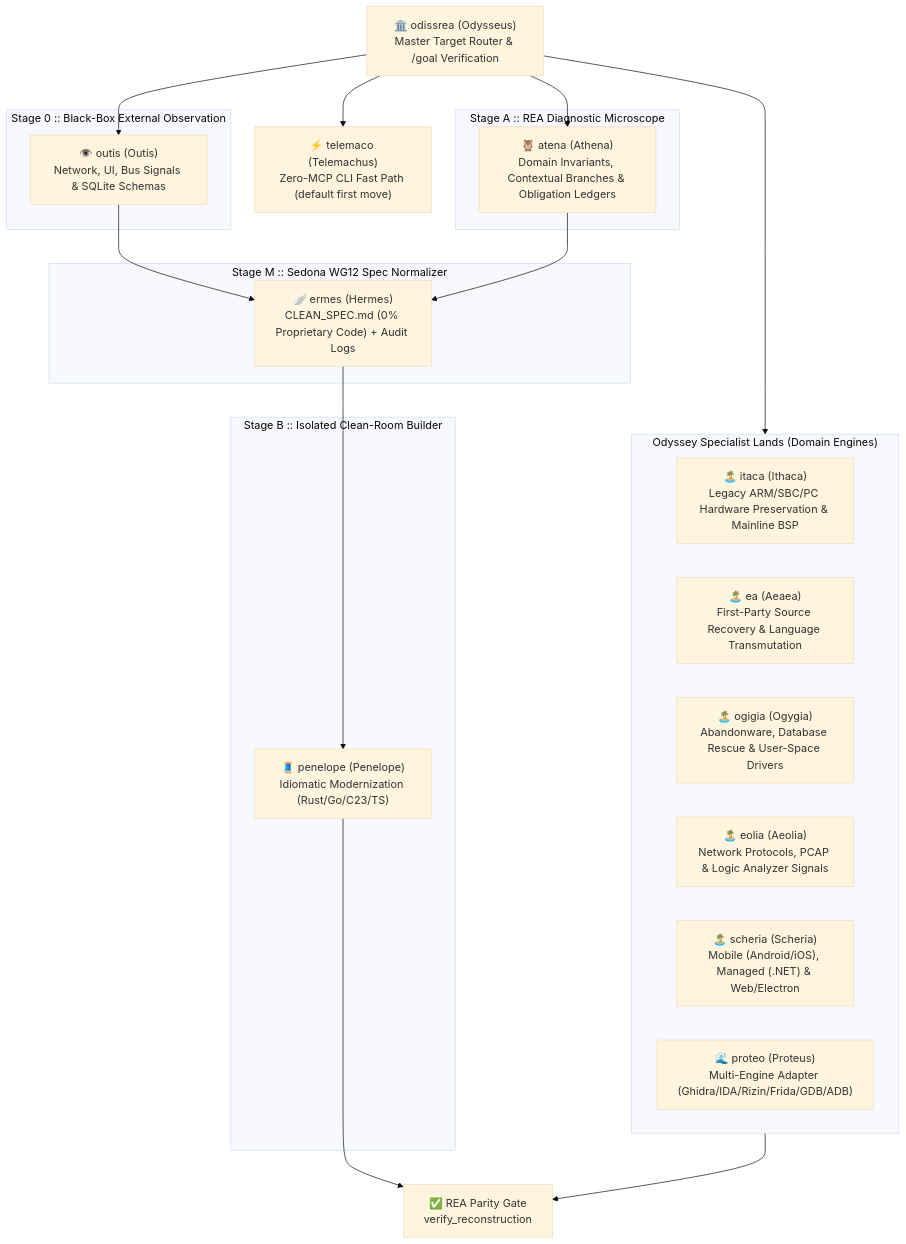
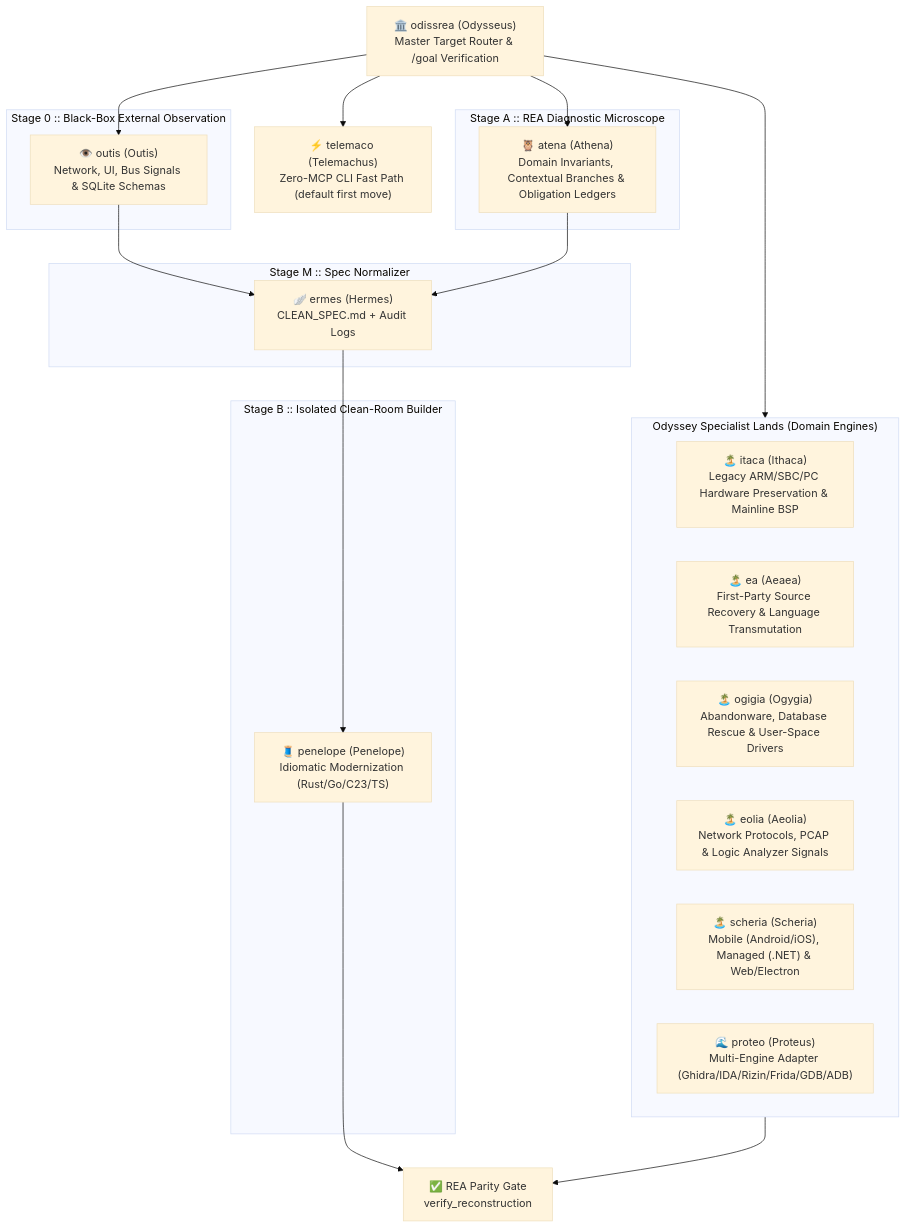
One commit to mich-de/OdissRea changed the first of 2 diagrams in README.md. Above: the diagram before and after it, drawn with Mermaid (base theme). The commit also changed other lines of this file and 14 other files, not shown here.

````diff
--- a/README.md
+++ b/README.md
@@ -49,40 +52,40 @@
 ```mermaid
 flowchart TD
     Ulisse["🏛️ odissrea (Odysseus)\nMaster Target Router & /goal Verification"]
     Lean["⚡ telemaco (Telemachus)\nZero-MCP CLI Fast Path (default first move)"]
     Ulisse --> Lean
     
     subgraph Stage0["Stage 0 :: Black-Box External Observation"]
         Outis["👁️ outis (Outis)\nNetwork, UI, Bus Signals & SQLite Schemas"]
     end
 
     subgraph StageA["Stage A :: REA Diagnostic Microscope"]
         Atena["🦉 atena (Athena)\nDomain Invariants, Contextual Branches & Obligation Ledgers"]
     end
 
-    subgraph StageM["Stage M :: Sedona WG12 Spec Normalizer"]
-        Ermes["🪽 ermes (Hermes)\nCLEAN_SPEC.md (0% Proprietary Code) + Audit Logs"]
+    subgraph StageM["Stage M :: Spec Normalizer"]
+        Ermes["🪽 ermes (Hermes)\nCLEAN_SPEC.md + Audit Logs"]
     end
 
     subgraph StageB["Stage B :: Isolated Clean-Room Builder"]
         Penelope["🧵 penelope (Penelope)\nIdiomatic Modernization (Rust/Go/C23/TS)"]
     end
 
     subgraph SpecialistLands["Odyssey Specialist Lands (Domain Engines)"]
         Itaca["🏝️ itaca (Ithaca)\nLegacy ARM/SBC/PC Hardware Preservation & Mainline BSP"]
         Ea["🏝️ ea (Aeaea)\nFirst-Party Source Recovery & Language Transmutation"]
         Ogigia["🏝️ ogigia (Ogygia)\nAbandonware, Database Rescue & User-Space Drivers"]
         Eolia["🏝️ eolia (Aeolia)\nNetwork Protocols, PCAP & Logic Analyzer Signals"]
         Scheria["🏝️ scheria (Scheria)\nMobile (Android/iOS), Managed (.NET) & Web/Electron"]
         Proteo["🌊 proteo (Proteus)\nMulti-Engine Adapter (Ghidra/IDA/Rizin/Frida/GDB/ADB)"]
     end
 
     Ulisse --> Outis
     Ulisse --> Atena
     Ulisse --> SpecialistLands
     Outis --> Ermes
     Atena --> Ermes
     Ermes --> Penelope
     Penelope --> Verify["✅ REA Parity Gate\nverify_reconstruction"]
     SpecialistLands --> Verify
 ```
````
